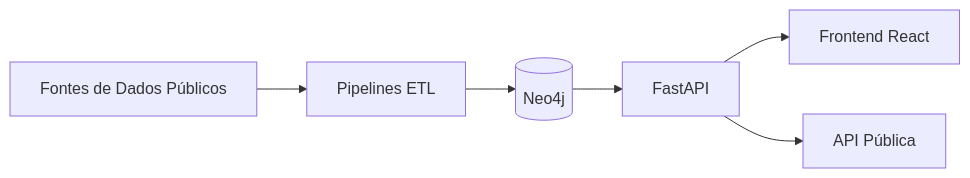
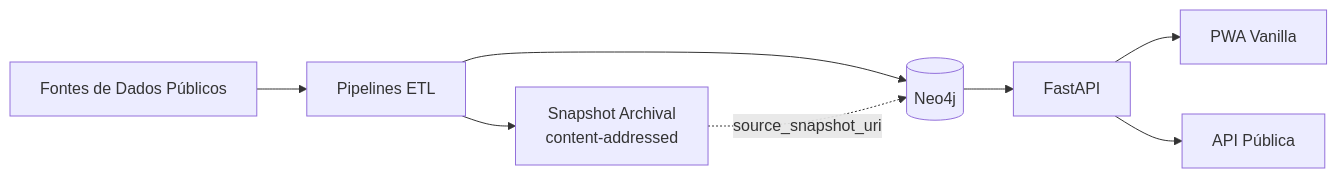
Before and after one commit to VengelKuraggidim/br-acc: the diagram in docs/pt-BR/README.md, drawn with Mermaid. The commit also changed other lines of this file and 3 other files, not shown here.

First line of the commit message:
docs(readme): atualiza stack pra FastAPI unico + PWA vanilla

````diff
--- a/docs/pt-BR/README.md
+++ b/docs/pt-BR/README.md
@@ -128,8 +132,10 @@
 ```mermaid
 graph LR
     A[Fontes de Dados Públicos] --> B[Pipelines ETL]
+    B --> B2[Snapshot Archival<br/>content-addressed]
     B --> C[(Neo4j)]
+    B2 -.source_snapshot_uri.-> C
     C --> D[FastAPI]
-    D --> E[Frontend React]
+    D --> E[PWA Vanilla]
     D --> F[API Pública]
 ```
````
